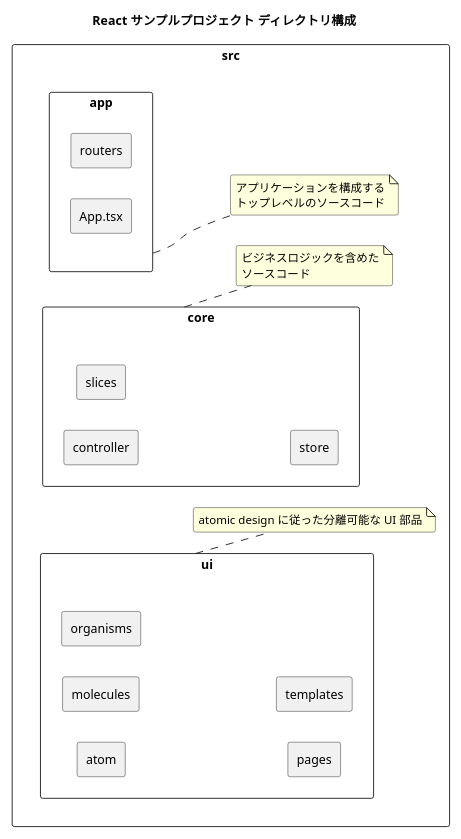
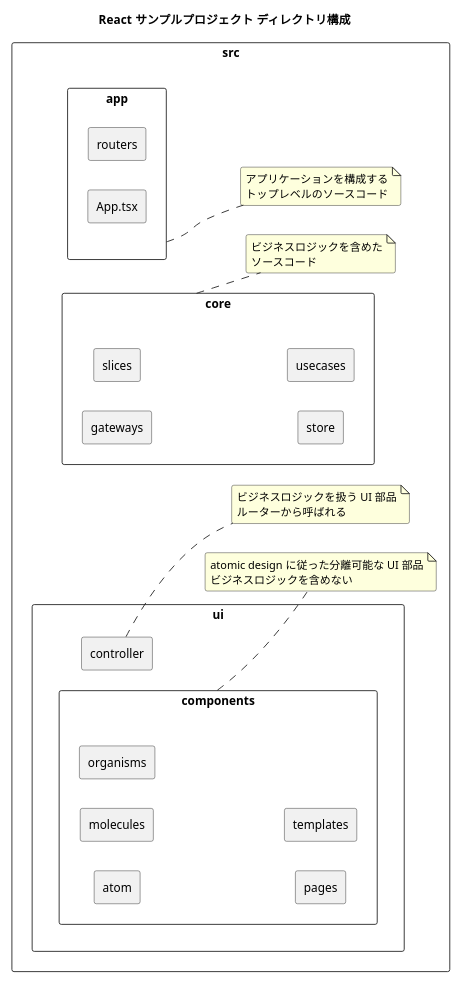
The first of 2 diagrams in docs/diagrams/src/architecture.plantuml (yamagame/react-typescript-starter-app), drawn with PlantUML before and after one commit. The commit also changed other lines of this file and 21 other files, not shown here.

```diff
--- a/docs/diagrams/src/architecture.plantuml
+++ b/docs/diagrams/src/architecture.plantuml
@@ -1,39 +1,49 @@
 @startuml directory
 skinparam roundcorner 5
 scale 400 width
 skinparam packageStyle Rectangle
 left to right direction
 
 title React サンプルプロジェクト ディレクトリ構成
 
 package src {
   package app {
     rectangle routers
     rectangle App.tsx
   }
   note right of app
     アプリケーションを構成する
     トップレベルのソースコード
   end note
   package core {
-    rectangle controller
+    rectangle gateways
     rectangle slices
     rectangle store
+    rectangle usecases
   }
   note right of core
     ビジネスロジックを含めた
     ソースコード
   end note
   package ui {
-    rectangle atom
-    rectangle molecules
-    rectangle organisms
-    rectangle pages
-    rectangle templates
+    package components {
+      rectangle atom
+      rectangle molecules
+      rectangle organisms
+      rectangle pages
+      rectangle templates
+    }
+    package controller {
+    }
   }
-  note right of ui
+  note right of components
     atomic design に従った分離可能な UI 部品
+    ビジネスロジックを含めない
+  end note
+  note right of controller
+    ビジネスロジックを扱う UI 部品
+    ルーターから呼ばれる
   end note
 }
 
 @enduml
```
